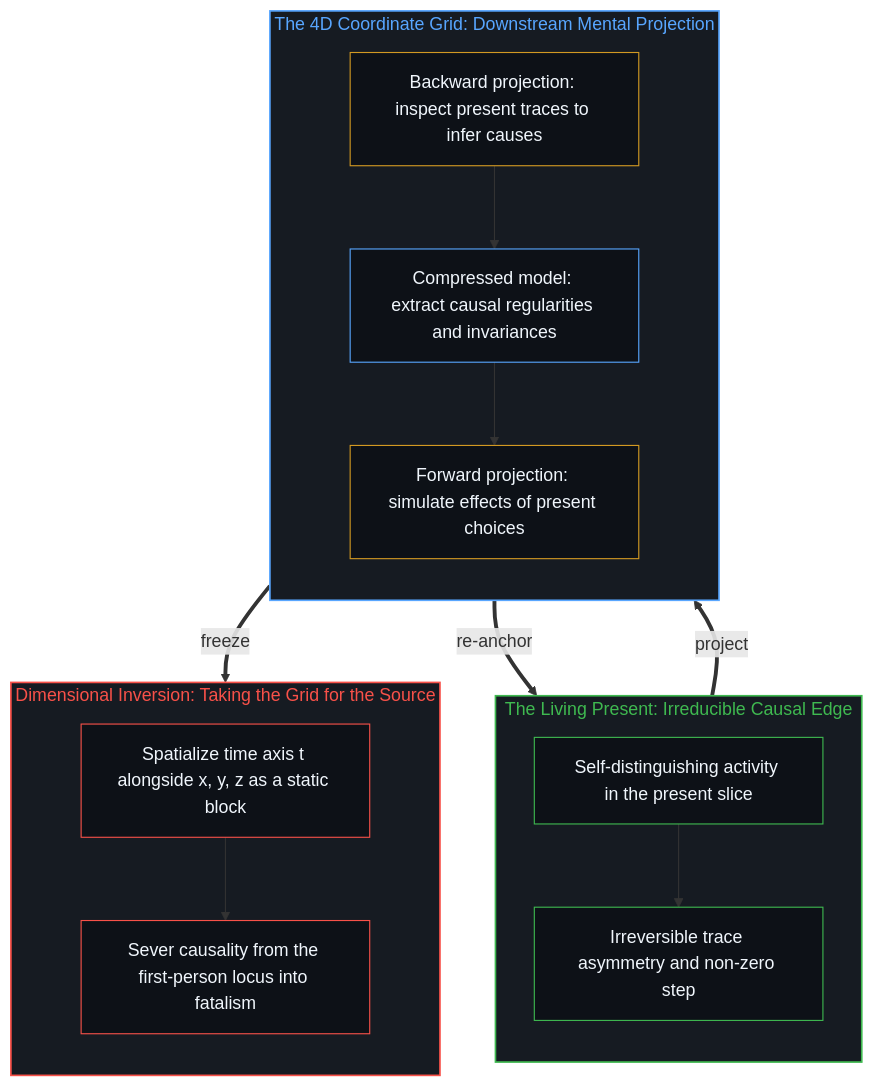
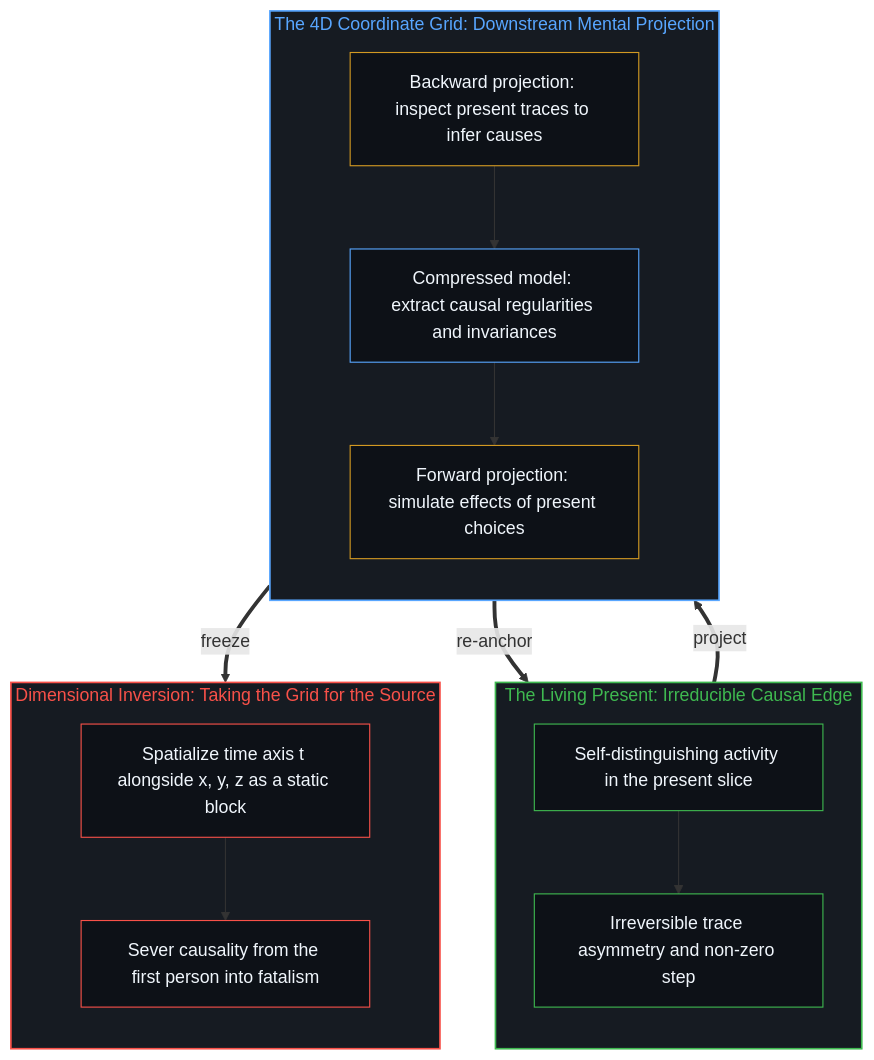
One commit to powerpig99/not-a-toe changed the second of 2 diagrams in content/posts/time-is-causality-not-a-dimension.md. Above: the diagram before and after it, drawn with Mermaid. The commit also changed other lines of this file and 13 other files, not shown here.

````diff
--- a/content/posts/time-is-causality-not-a-dimension.md
+++ b/content/posts/time-is-causality-not-a-dimension.md
@@ -89,35 +89,35 @@
 ```mermaid
 flowchart TD
     subgraph S_Edge["The Living Present: Irreducible Causal Edge"]
         direction TB
         E1["Self-distinguishing activity in the present slice"]
         E2["Irreversible trace asymmetry and non-zero step"]
         E1 --> E2
     end
     subgraph S_Proj["The 4D Coordinate Grid: Downstream Mental Projection"]
         direction TB
         B1["Backward projection: inspect present traces to infer causes"]
         M1["Compressed model: extract causal regularities and invariances"]
         F1["Forward projection: simulate effects of present choices"]
         B1 --> M1 --> F1
     end
     subgraph S_Inv["Dimensional Inversion: Taking the Grid for the Source"]
         direction TB
         I1["Spatialize time axis t alongside x, y, z as a static block"]
-        I2["Sever causality from the first-person locus into fatalism"]
+        I2["Sever causality from the first person into fatalism"]
         I1 --> I2
     end
     E2 ==>|"project"| B1
     F1 ==>|"re-anchor"| E1
     M1 ==>|"freeze"| I1
     style S_Edge fill:#161b22,stroke:#3fb950,stroke-width:1.5px,color:#3fb950
     style S_Proj fill:#161b22,stroke:#58a6ff,stroke-width:1.5px,color:#58a6ff
     style S_Inv fill:#161b22,stroke:#f85149,stroke-width:1.5px,color:#f85149
     style E1 fill:#0d1117,stroke:#3fb950,stroke-width:1px,color:#f0f6fc
     style E2 fill:#0d1117,stroke:#3fb950,stroke-width:1px,color:#f0f6fc
     style B1 fill:#0d1117,stroke:#d29922,stroke-width:1px,color:#f0f6fc
     style M1 fill:#0d1117,stroke:#58a6ff,stroke-width:1px,color:#f0f6fc
     style F1 fill:#0d1117,stroke:#d29922,stroke-width:1px,color:#f0f6fc
     style I1 fill:#0d1117,stroke:#f85149,stroke-width:1px,color:#f0f6fc
     style I2 fill:#0d1117,stroke:#f85149,stroke-width:1px,color:#f0f6fc
 ```
````
